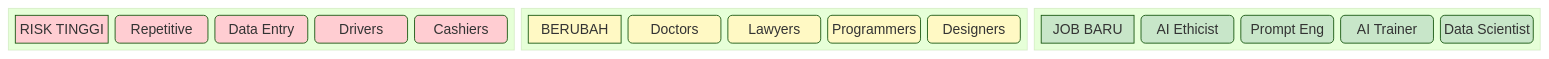
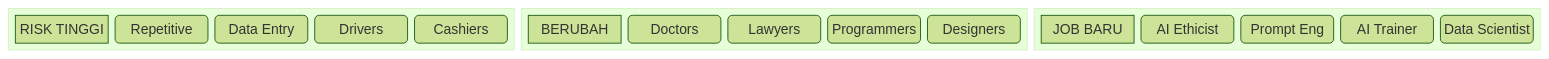
The sixth of 9 diagrams in bab-10-etika.md (antonprafanto/dasarAI2026), drawn with Mermaid (forest theme) before and after one commit. The commit also changed other lines of this file and 4 other files, not shown here.

Commit message:
Fix: Remove classDef styling and fix KNN diagram labels

````diff
--- a/bab-10-etika.md
+++ b/bab-10-etika.md
@@ -285,35 +279,31 @@
 ```mermaid
 block-beta
     columns 3
     block:Risk
         Risky["RISK TINGGI"]
         R1("Repetitive")
         R2("Data Entry")
         R3("Drivers")
         R4("Cashiers")
     end
 
     block:Change
         Changing["BERUBAH"]
         C1("Doctors")
         C2("Lawyers")
         C3("Programmers")
         C4("Designers")
     end
 
     block:New
         NewJobs["JOB BARU"]
         N1("AI Ethicist")
         N2("Prompt Eng")
         N3("AI Trainer")
         N4("Data Scientist")
     end
 
-    classDef r fill:#ffcdd2
-    classDef c fill:#fff9c4
-    classDef n fill:#c8e6c9
-
     class Risky,R1,R2,R3,R4 r
     class Changing,C1,C2,C3,C4 c
     class NewJobs,N1,N2,N3,N4 n
 ```
````
